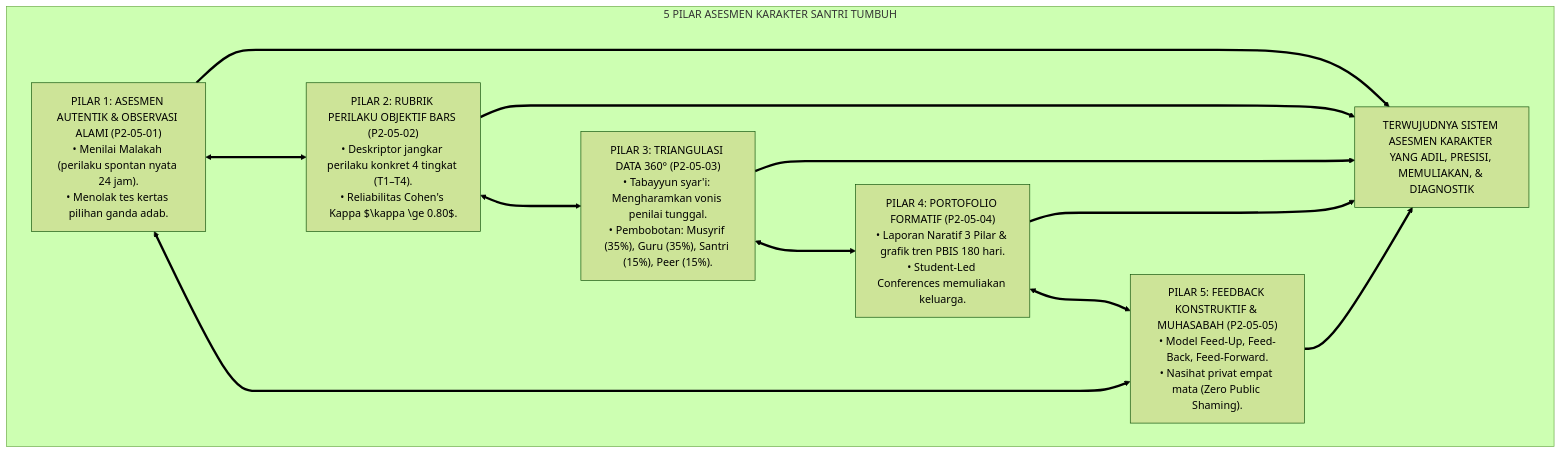
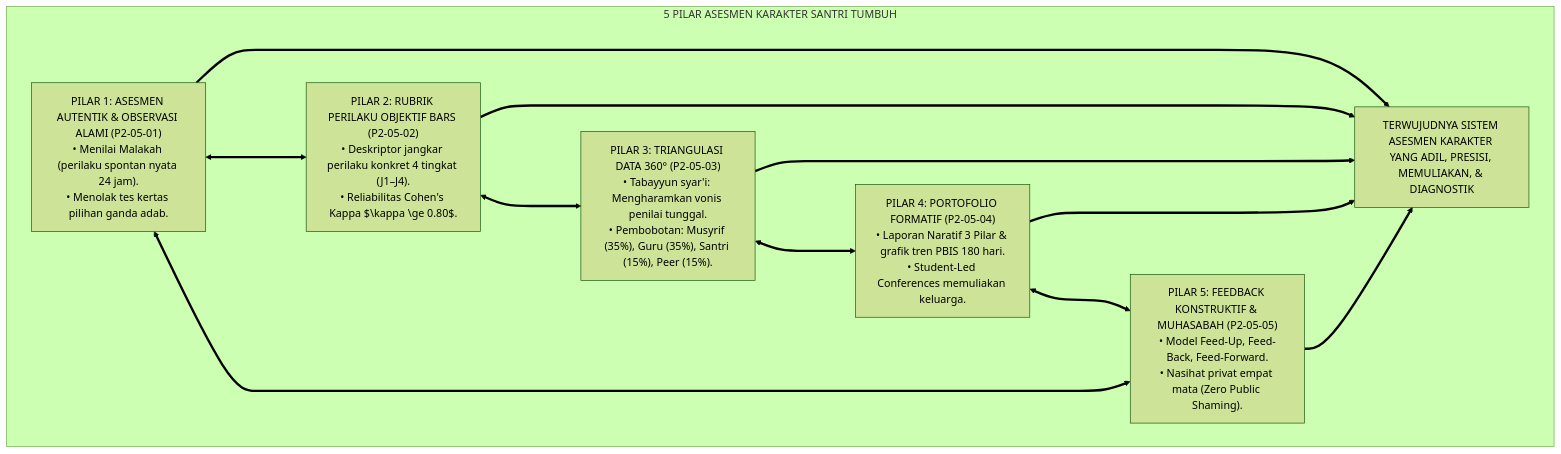
The first of 4 diagrams in 02 Principles/05 Assessment Principles/P2-05-06-Sintesis-Assessment-Principles-TUMBUH.md (wandiapriliyandi/tumbuh), drawn with Mermaid (forest theme) before and after one commit. The commit also changed other lines of this file and 209 other files, not shown here.

````diff
--- a/02 Principles/05 Assessment Principles/P2-05-06-Sintesis-Assessment-Principles-TUMBUH.md
+++ b/02 Principles/05 Assessment Principles/P2-05-06-Sintesis-Assessment-Principles-TUMBUH.md
@@ -56,24 +56,24 @@
 ```mermaid
 flowchart TD
     subgraph ArsitekturSintesisAssessmentPrinciples["5 PILAR ASESMEN KARAKTER SANTRI TUMBUH"]
         P1["PILAR 1: ASESMEN AUTENTIK & OBSERVASI ALAMI (P2-05-01)<br/>• Menilai Malakah (perilaku spontan nyata 24 jam).<br/>• Menolak tes kertas pilihan ganda adab."]
         
-        P2["PILAR 2: RUBRIK PERILAKU OBJEKTIF BARS (P2-05-02)<br/>• Deskriptor jangkar perilaku konkret 4 tingkat (T1–T4).<br/>• Reliabilitas Cohen's Kappa $\kappa \ge 0.80$."]
+        P2["PILAR 2: RUBRIK PERILAKU OBJEKTIF BARS (P2-05-02)<br/>• Deskriptor jangkar perilaku konkret 4 tingkat (J1–J4).<br/>• Reliabilitas Cohen's Kappa $\kappa \ge 0.80$."]
         
         P3["PILAR 3: TRIANGULASI DATA 360° (P2-05-03)<br/>• Tabayyun syar'i: Mengharamkan vonis penilai tunggal.<br/>• Pembobotan: Musyrif (35%), Guru (35%), Santri (15%), Peer (15%)."]
         
         P4["PILAR 4: PORTOFOLIO FORMATIF (P2-05-04)<br/>• Laporan Naratif 3 Pilar & grafik tren PBIS 180 hari.<br/>• Student-Led Conferences memuliakan keluarga."]
         
         P5["PILAR 5: FEEDBACK KONSTRUKTIF & MUHASABAH (P2-05-05)<br/>• Model Feed-Up, Feed-Back, Feed-Forward.<br/>• Nasihat privat empat mata (Zero Public Shaming)."]
         
         P1 <===> P2
         P2 <===> P3
         P3 <===> P4
         P4 <===> P5
         P5 <===> P1
         
         Pusat["TERWUJUDNYA SISTEM ASESMEN KARAKTER YANG ADIL, PRESISI, MEMULIAKAN, & DIAGNOSTIK"]
         
         P1 & P2 & P3 & P4 & P5 ==> Pusat
     end
 ```
````
